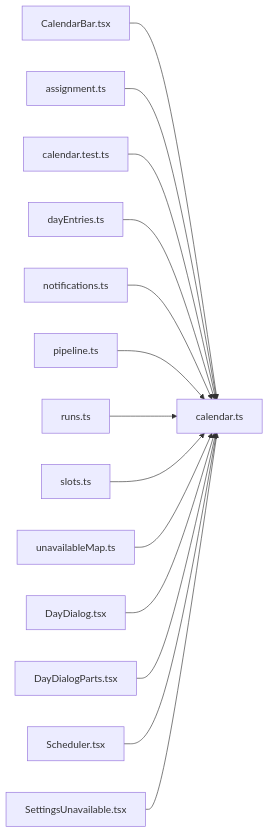
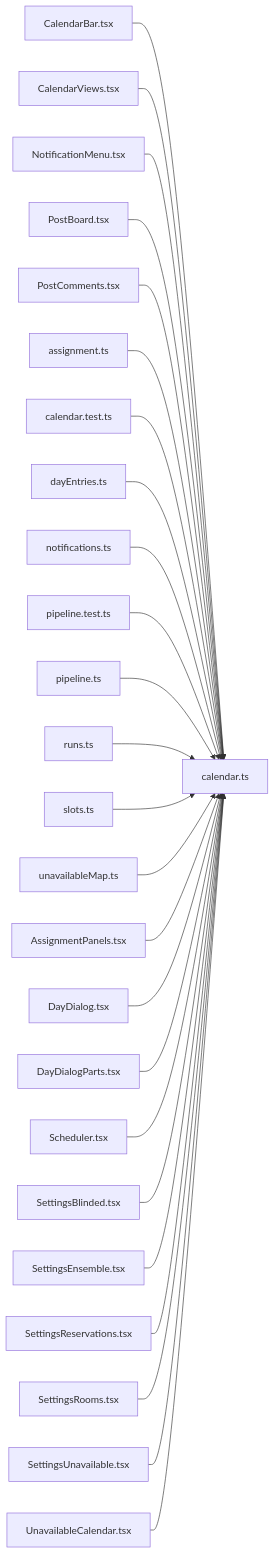
Before and after one commit to minkong-dev/Banblit: the diagram in .cluedoc/graph/frontend/src/lib/calendar.md, drawn with Mermaid. The commit also changed other lines of this file and 56 other files, not shown here.

Commit message:
frontend: import pure lib functions from their own files instead of through pipeline

````diff
--- a/.cluedoc/graph/frontend/src/lib/calendar.md
+++ b/.cluedoc/graph/frontend/src/lib/calendar.md
@@ -10,17 +10,28 @@
 ```mermaid
 flowchart LR
   frontend_src_lib_calendar["calendar.ts"]
   frontend_src_components_CalendarBar["CalendarBar.tsx"] --> frontend_src_lib_calendar
+  frontend_src_components_CalendarViews["CalendarViews.tsx"] --> frontend_src_lib_calendar
+  frontend_src_components_NotificationMenu["NotificationMenu.tsx"] --> frontend_src_lib_calendar
+  frontend_src_components_PostBoard["PostBoard.tsx"] --> frontend_src_lib_calendar
+  frontend_src_components_PostComments["PostComments.tsx"] --> frontend_src_lib_calendar
   frontend_src_lib_assignment["assignment.ts"] --> frontend_src_lib_calendar
   frontend_src_lib_calendar_test["calendar.test.ts"] --> frontend_src_lib_calendar
   frontend_src_lib_dayEntries["dayEntries.ts"] --> frontend_src_lib_calendar
   frontend_src_lib_notifications["notifications.ts"] --> frontend_src_lib_calendar
+  frontend_src_lib_pipeline_test["pipeline.test.ts"] --> frontend_src_lib_calendar
   frontend_src_lib_pipeline["pipeline.ts"] --> frontend_src_lib_calendar
   frontend_src_lib_runs["runs.ts"] --> frontend_src_lib_calendar
   frontend_src_lib_slots["slots.ts"] --> frontend_src_lib_calendar
   frontend_src_lib_unavailableMap["unavailableMap.ts"] --> frontend_src_lib_calendar
+  frontend_src_routes_AssignmentPanels["AssignmentPanels.tsx"] --> frontend_src_lib_calendar
   frontend_src_routes_DayDialog["DayDialog.tsx"] --> frontend_src_lib_calendar
   frontend_src_routes_DayDialogParts["DayDialogParts.tsx"] --> frontend_src_lib_calendar
   frontend_src_routes_Scheduler["Scheduler.tsx"] --> frontend_src_lib_calendar
+  frontend_src_routes_SettingsBlinded["SettingsBlinded.tsx"] --> frontend_src_lib_calendar
+  frontend_src_routes_SettingsEnsemble["SettingsEnsemble.tsx"] --> frontend_src_lib_calendar
+  frontend_src_routes_SettingsReservations["SettingsReservations.tsx"] --> frontend_src_lib_calendar
+  frontend_src_routes_SettingsRooms["SettingsRooms.tsx"] --> frontend_src_lib_calendar
   frontend_src_routes_SettingsUnavailable["SettingsUnavailable.tsx"] --> frontend_src_lib_calendar
+  frontend_src_routes_UnavailableCalendar["UnavailableCalendar.tsx"] --> frontend_src_lib_calendar
 ```
````
